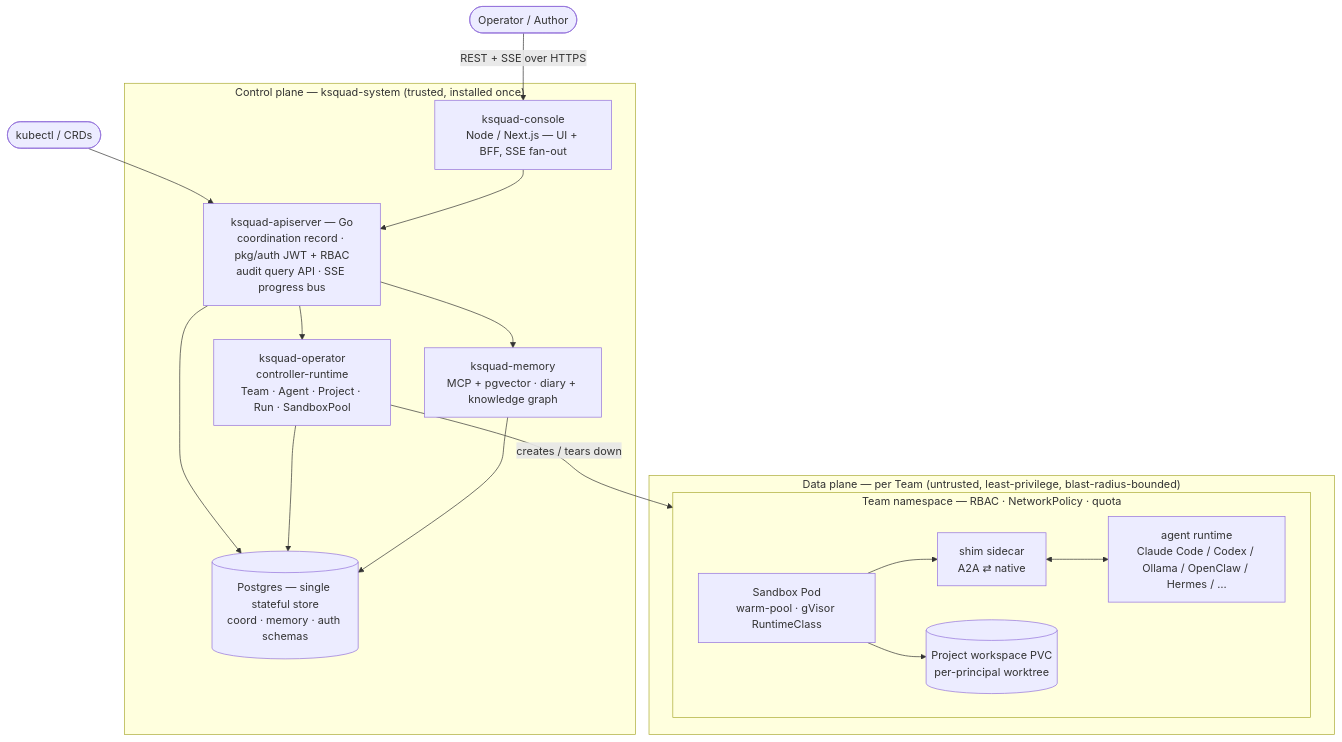
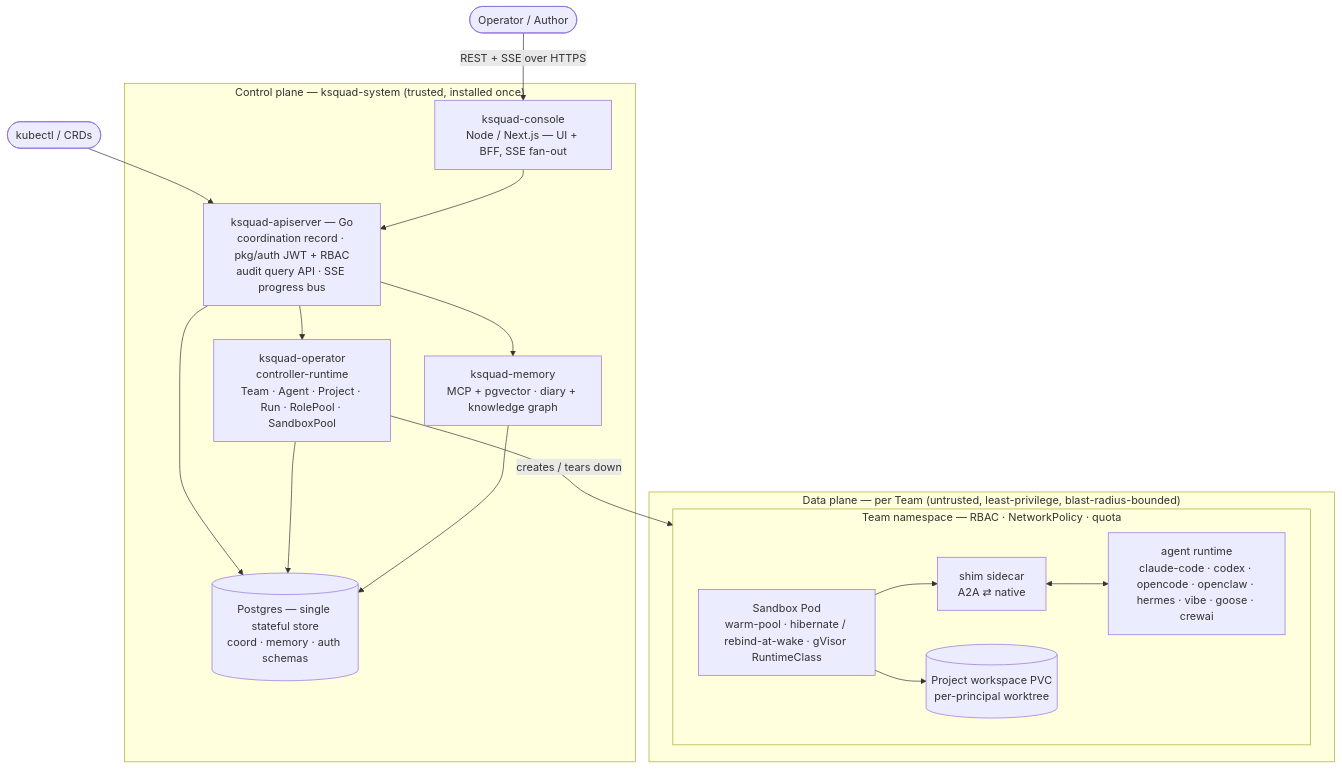
Before and after one commit to K8squad/K8squad: the diagram in README.md, drawn with Mermaid. The commit also changed other lines of this file and 8 other files, not shown here.

````diff
--- a/README.md
+++ b/README.md
@@ -87,33 +101,33 @@
 ```mermaid
 flowchart TB
     author(["Operator / Author"]) -->|REST + SSE over HTTPS| console
     kubectl(["kubectl / CRDs"]) --> api
 
     subgraph cp["Control plane — ksquad-system (trusted, installed once)"]
         console["ksquad-console<br/>Node / Next.js — UI + BFF, SSE fan-out"]
         api["ksquad-apiserver — Go<br/>coordination record · pkg/auth JWT + RBAC<br/>audit query API · SSE progress bus"]
-        operator["ksquad-operator<br/>controller-runtime<br/>Team · Agent · Project · Run · SandboxPool"]
+        operator["ksquad-operator<br/>controller-runtime<br/>Team · Agent · Project · Run · RolePool · SandboxPool"]
         memory["ksquad-memory<br/>MCP + pgvector · diary + knowledge graph"]
         pg[("Postgres — single stateful store<br/>coord · memory · auth schemas")]
         console --> api
         api --> operator
         api --> memory
         api --> pg
         operator --> pg
         memory --> pg
     end
 
     operator -->|creates / tears down| team
 
     subgraph dp["Data plane — per Team (untrusted, least-privilege, blast-radius-bounded)"]
         subgraph team["Team namespace — RBAC · NetworkPolicy · quota"]
-            sandbox["Sandbox Pod<br/>warm-pool · gVisor RuntimeClass"]
+            sandbox["Sandbox Pod<br/>warm-pool · hibernate / rebind-at-wake · gVisor RuntimeClass"]
             shim["shim sidecar<br/>A2A ⇄ native"]
-            runtime["agent runtime<br/>Claude Code / Codex / Ollama / OpenClaw / Hermes / …"]
+            runtime["agent runtime<br/>claude-code · codex · opencode · openclaw · hermes · vibe · goose · crewai"]
             pvc[("Project workspace PVC<br/>per-principal worktree")]
             sandbox --> shim
             shim <--> runtime
             sandbox --> pvc
         end
     end
 ```
````
